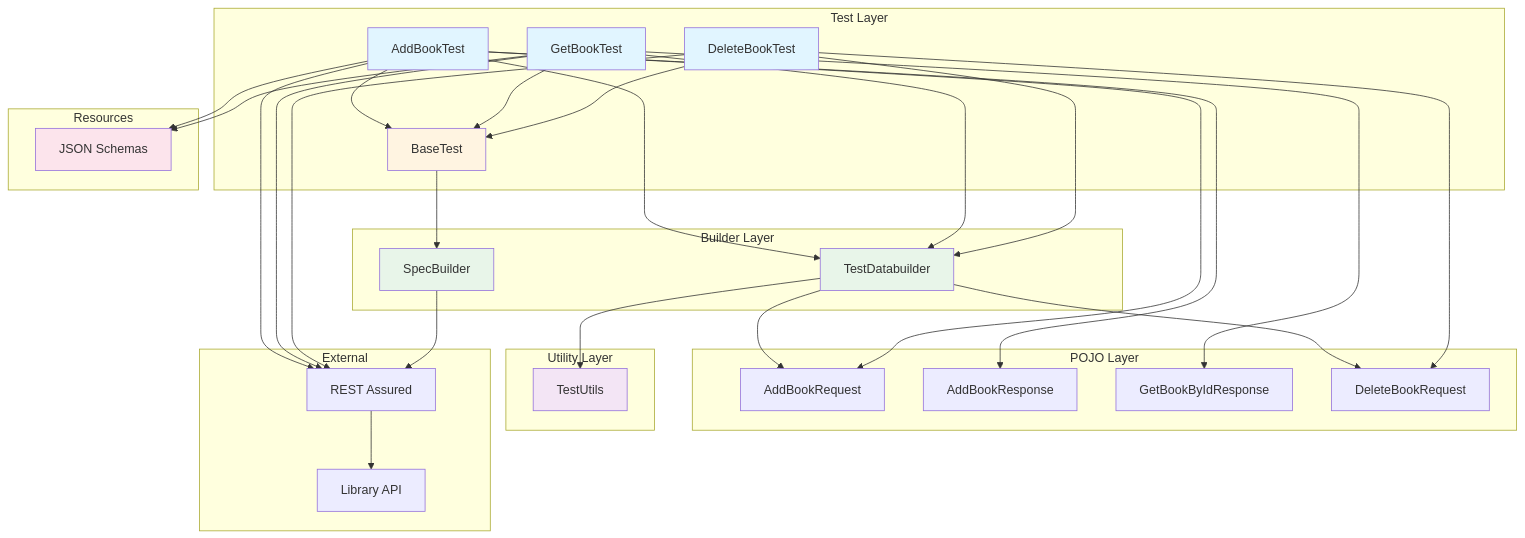
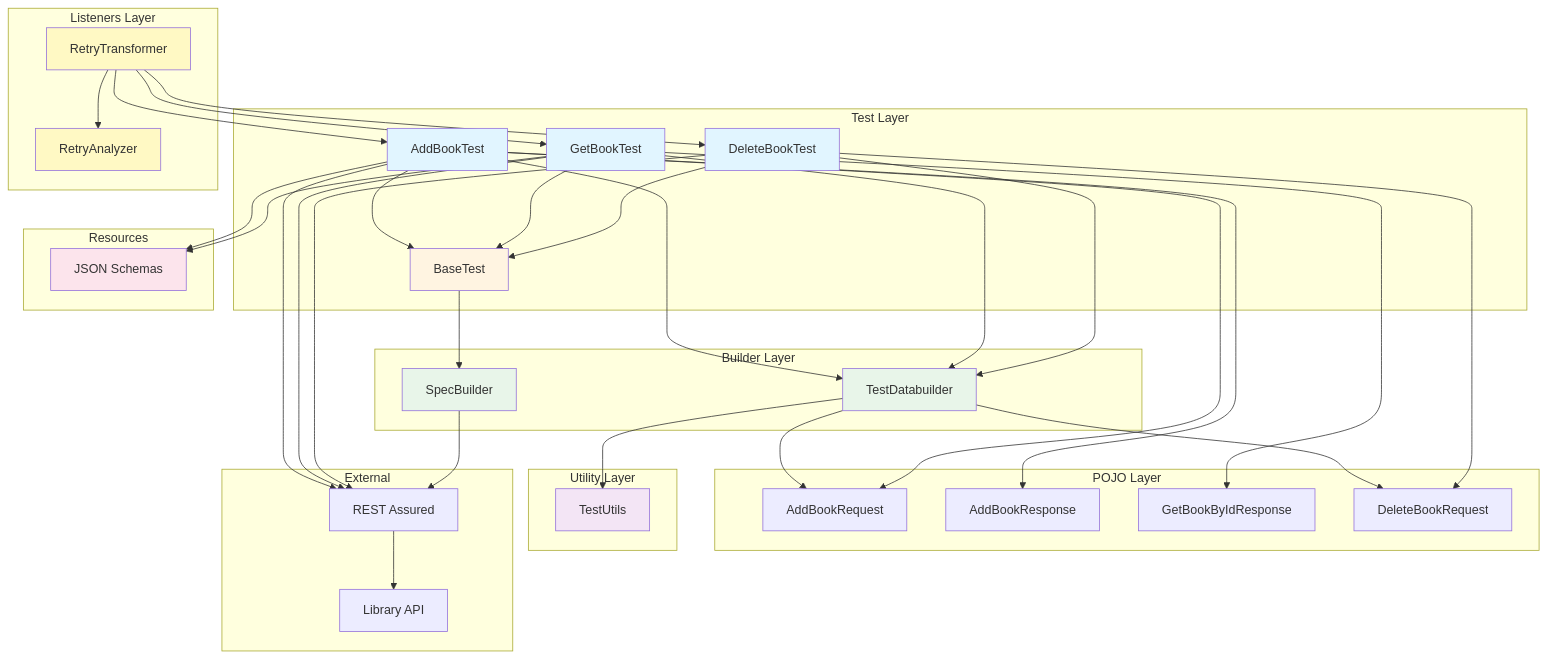
Before and after one commit to umangbhatia786/RestAssuredAPITestingFramework: the first of 4 diagrams in README.md, drawn with Mermaid. The commit also changed other lines of this file and 4 other files, not shown here.

````diff
--- a/README.md
+++ b/README.md
@@ -40,65 +41,76 @@
 ```mermaid
 graph TB
     subgraph "Test Layer"
         AT[AddBookTest]
         GT[GetBookTest]
         DT[DeleteBookTest]
         BT[BaseTest]
     end
     
     subgraph "Builder Layer"
         TDB[TestDatabuilder]
         SB[SpecBuilder]
     end
     
     subgraph "POJO Layer"
         ABR[AddBookRequest]
         ABRes[AddBookResponse]
         GBR[GetBookByIdResponse]
         DBR[DeleteBookRequest]
     end
     
     subgraph "Utility Layer"
         TU[TestUtils]
+    end
+    
+    subgraph "Listeners Layer"
+        RT[RetryTransformer]
+        RAnalyzer[RetryAnalyzer]
     end
     
     subgraph "Resources"
         JSON[JSON Schemas]
     end
     
     subgraph "External"
         API[Library API]
         RA[REST Assured]
     end
     
     AT --> BT
     GT --> BT
     DT --> BT
     BT --> SB
     AT --> TDB
     GT --> TDB
     DT --> TDB
     TDB --> TU
     TDB --> ABR
     TDB --> DBR
     AT --> ABR
     AT --> ABRes
     GT --> GBR
     DT --> DBR
     AT --> JSON
     GT --> JSON
     AT --> RA
     GT --> RA
     DT --> RA
     RA --> API
     SB --> RA
+    RT --> AT
+    RT --> GT
+    RT --> DT
+    RT --> RAnalyzer
     
     style AT fill:#e1f5ff
     style GT fill:#e1f5ff
     style DT fill:#e1f5ff
     style BT fill:#fff4e1
     style TDB fill:#e8f5e9
     style SB fill:#e8f5e9
     style TU fill:#f3e5f5
+    style RT fill:#fff9c4
+    style RAnalyzer fill:#fff9c4
     style JSON fill:#fce4ec
 ```
````
